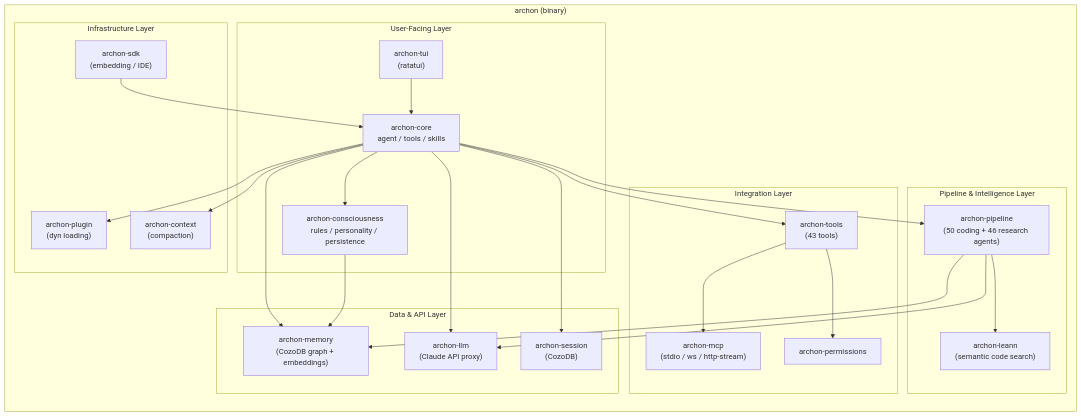
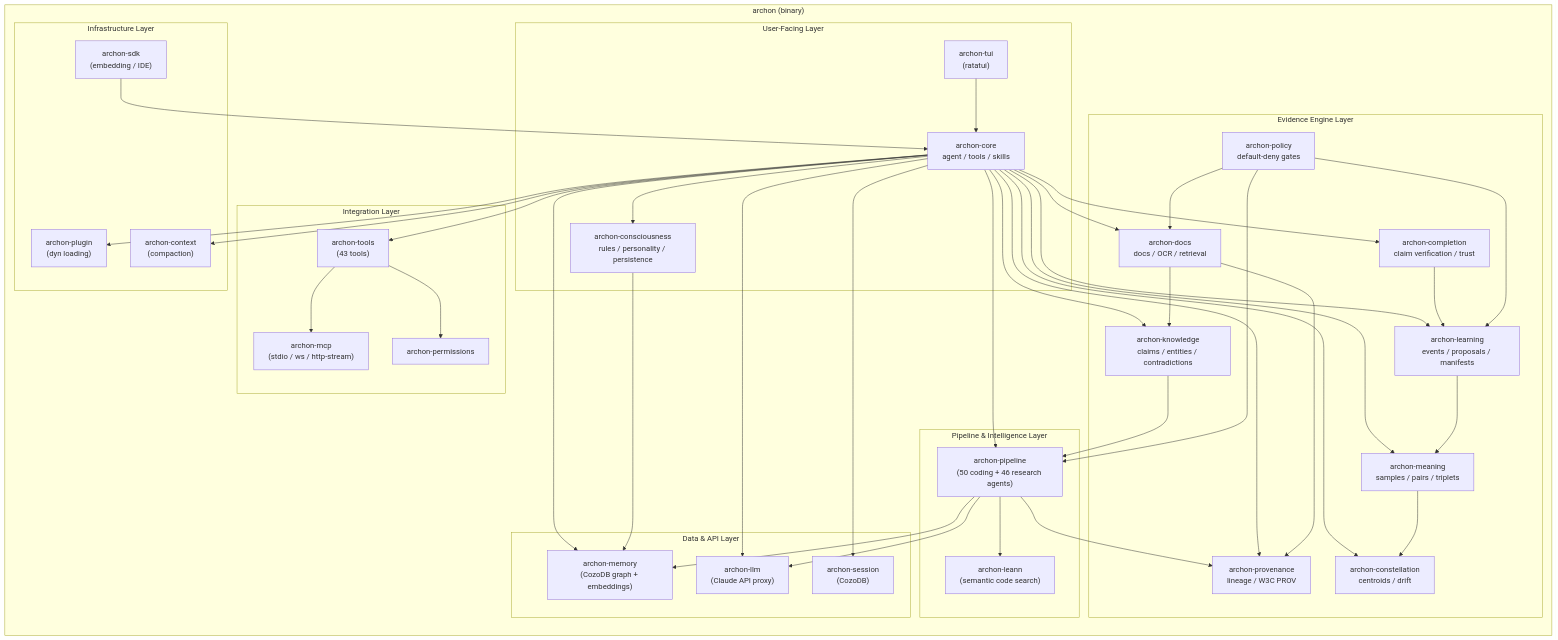
One commit to ste-bah/archon-cli changed the first of 2 diagrams in docs/architecture/overview.md. Above: the diagram before and after it, drawn with Mermaid. The commit also changed other lines of this file and 8 other files, not shown here.

Commit message:
docs: align architecture and examples with evidence engine

````diff
--- a/docs/architecture/overview.md
+++ b/docs/architecture/overview.md
@@ -7,47 +10,74 @@
 ```mermaid
 graph TB
     subgraph binary["archon (binary)"]
         direction TB
         subgraph top["User-Facing Layer"]
             TUI["archon-tui<br/>(ratatui)"]
             CORE["archon-core<br/>agent / tools / skills"]
             CONSC["archon-consciousness<br/>rules / personality / persistence"]
         end
         subgraph mid["Data & API Layer"]
             SESSION["archon-session<br/>(CozoDB)"]
             MEMORY["archon-memory<br/>(CozoDB graph + embeddings)"]
             LLM["archon-llm<br/>(Claude API proxy)"]
         end
         subgraph bottom["Integration Layer"]
             MCP["archon-mcp<br/>(stdio / ws / http-stream)"]
             PERMS["archon-permissions"]
             TOOLS["archon-tools<br/>(43 tools)"]
         end
         subgraph pipeline["Pipeline & Intelligence Layer"]
             PIPE["archon-pipeline<br/>(50 coding + 46 research agents)"]
             LEANN["archon-leann<br/>(semantic code search)"]
         end
+        subgraph evidence["Evidence Engine Layer"]
+            DOCS["archon-docs<br/>docs / OCR / retrieval"]
+            KB["archon-knowledge<br/>claims / entities / contradictions"]
+            PROV["archon-provenance<br/>lineage / W3C PROV"]
+            COMP["archon-completion<br/>claim verification / trust"]
+            LEARN["archon-learning<br/>events / proposals / manifests"]
+            MEAN["archon-meaning<br/>samples / pairs / triplets"]
+            CONST["archon-constellation<br/>centroids / drift"]
+            POLICY["archon-policy<br/>default-deny gates"]
+        end
         subgraph infra["Infrastructure Layer"]
             PLUGIN["archon-plugin<br/>(dyn loading)"]
             SDK["archon-sdk<br/>(embedding / IDE)"]
             CTX["archon-context<br/>(compaction)"]
         end
     end
 
     TUI --> CORE
     CORE --> CONSC
     CORE --> MEMORY
     CORE --> LLM
     CORE --> TOOLS
     CORE --> SESSION
     CORE --> PIPE
     PIPE --> LLM
     PIPE --> LEANN
     PIPE --> MEMORY
+    CORE --> DOCS
+    CORE --> KB
+    CORE --> PROV
+    CORE --> COMP
+    CORE --> LEARN
+    CORE --> MEAN
+    CORE --> CONST
+    DOCS --> KB
+    DOCS --> PROV
+    KB --> PIPE
+    PIPE --> PROV
+    COMP --> LEARN
+    LEARN --> MEAN
+    MEAN --> CONST
+    POLICY --> DOCS
+    POLICY --> PIPE
+    POLICY --> LEARN
     CONSC --> MEMORY
     TOOLS --> MCP
     TOOLS --> PERMS
     CORE --> CTX
     CORE --> PLUGIN
     SDK --> CORE
 ```
````
